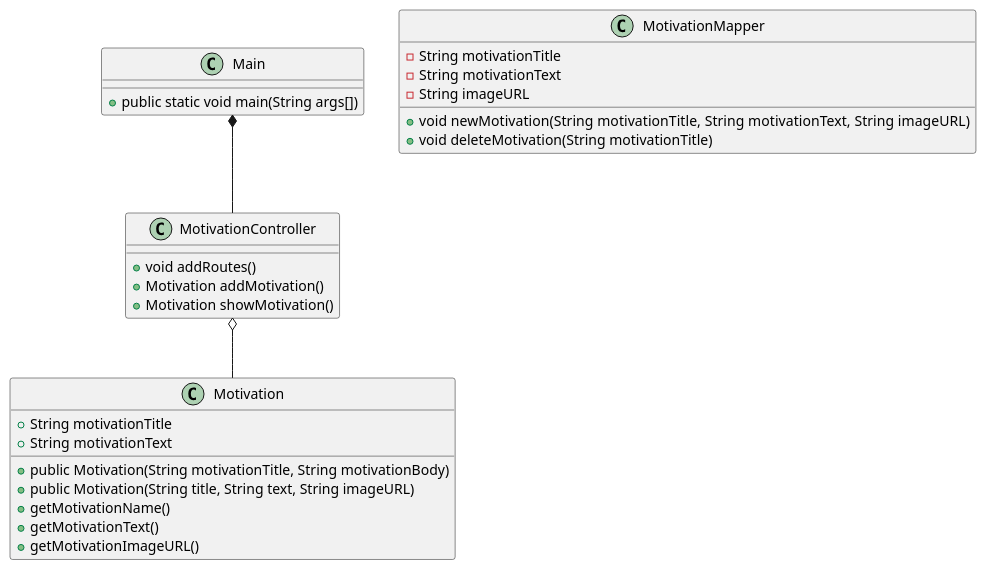
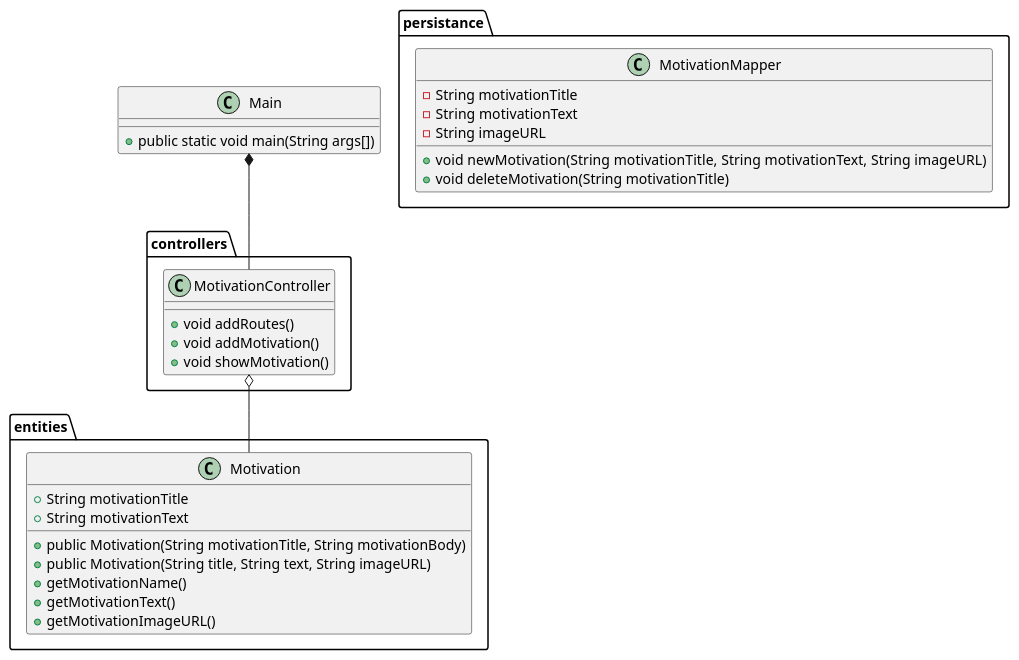
One commit to crstrskp/lifehack_e24 changed the diagram in docs/diagramv1.puml. Above: the diagram before and after it, drawn with PlantUML.

Commit message:
Opdateret klassediagram med packages

```diff
--- a/docs/diagramv1.puml
+++ b/docs/diagramv1.puml
@@ -1,37 +1,40 @@
 @startuml
 'https://plantuml.com/class-diagram
 
 
 class Main {
 + public static void main(String args[])
 }
+package entities {
+    class Motivation {
+    + String motivationTitle
+    + String motivationText
+    + public Motivation(String motivationTitle, String motivationBody)
+    + public Motivation(String title, String text, String imageURL)
+    + getMotivationName()
+    + getMotivationText()
+    + getMotivationImageURL()
 
-class Motivation {
-+ String motivationTitle
-+ String motivationText
-+ public Motivation(String motivationTitle, String motivationBody)
-+ public Motivation(String title, String text, String imageURL)
-+ getMotivationName()
-+ getMotivationText()
-+ getMotivationImageURL()
+    }
+}
+package persistance {
+    class MotivationMapper {
+    - String motivationTitle
+    - String motivationText
+    - String imageURL
 
+    + void newMotivation(String motivationTitle, String motivationText,  String imageURL)
+    + void deleteMotivation(String motivationTitle)
+
+    }
 }
-
-class MotivationMapper {
-- String motivationTitle
-- String motivationText
-- String imageURL
-
-+ void newMotivation(String motivationTitle, String motivationText,  String imageURL)
-+ void deleteMotivation(String motivationTitle)
-
+package controllers {
+    class MotivationController {
+    + void addRoutes()
+    + void addMotivation()
+    + void showMotivation()
+    }
 }
-class MotivationController {
-+ void addRoutes()
-+ Motivation addMotivation()
-+ Motivation showMotivation()
-}
-
 Main *-- MotivationController
 MotivationController o-- Motivation
 @enduml
```
